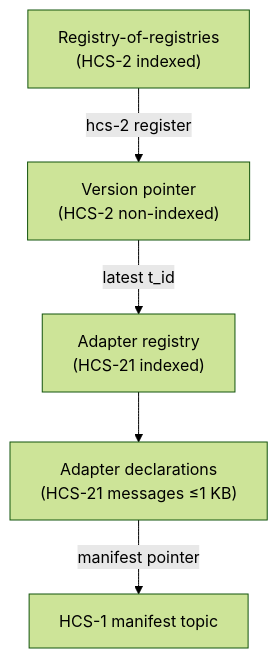
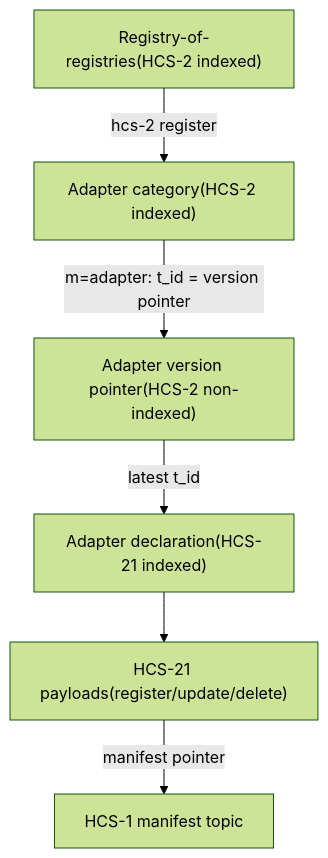
Before and after one commit to hashgraph-online/hcs-improvement-proposals: the second of 6 diagrams in docs/standards/hcs-21.md, drawn with Mermaid (forest theme). The commit also changed other lines of this file, not shown here.

````diff
--- a/docs/standards/hcs-21.md
+++ b/docs/standards/hcs-21.md
@@ -146,12 +148,15 @@
 ```mermaid
 graph TD
-  ROR["Registry-of-registries\n(HCS-2 indexed)"]
-  PTR["Version pointer\n(HCS-2 non-indexed)"]
-  REG["Adapter registry\n(HCS-21 indexed)"]
-  DECL["Adapter declarations\n(HCS-21 messages ≤1 KB)"]
+  ROR["Registry-of-registries(HCS-2 indexed)"]
+  CAT["Adapter category(HCS-2 indexed)"]
+  PTR["Adapter version pointer(HCS-2 non-indexed)"]
+  ADPT["Adapter declaration(HCS-21 indexed)"]
+  DECL["HCS-21 payloads(register/update/delete)"]
+  MANIFEST["HCS-1 manifest topic"]
 
-  ROR -->|hcs-2 register| PTR
-  PTR -->|latest t_id| REG
-  REG --> DECL
-  DECL -->|manifest pointer| MANIFEST["HCS-1 manifest topic"]
+  ROR -->|hcs-2 register| CAT
+  CAT -->|m=adapter:<id> t_id = version pointer| PTR
+  PTR -->|latest t_id| ADPT
+  ADPT --> DECL
+  DECL -->|manifest pointer| MANIFEST
 ```
````
